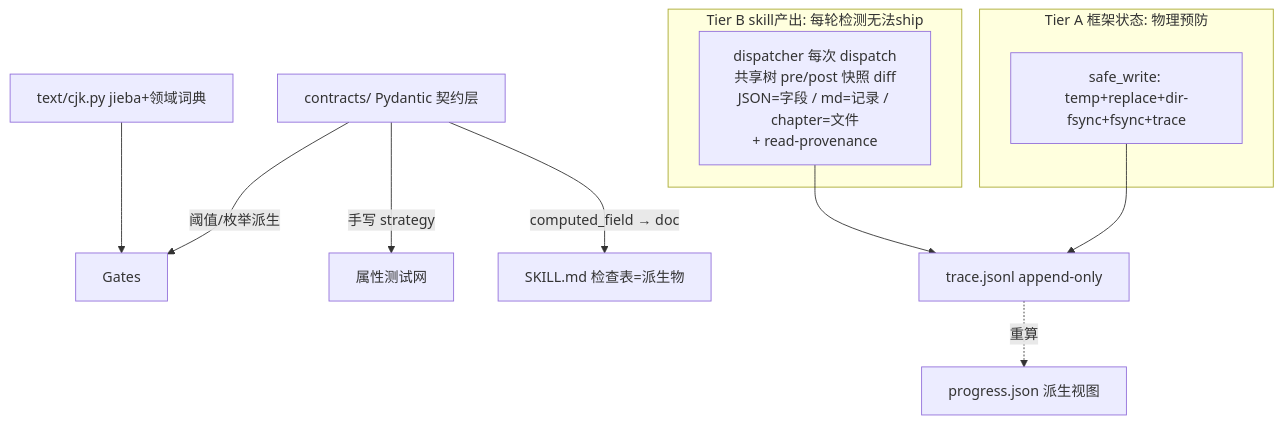
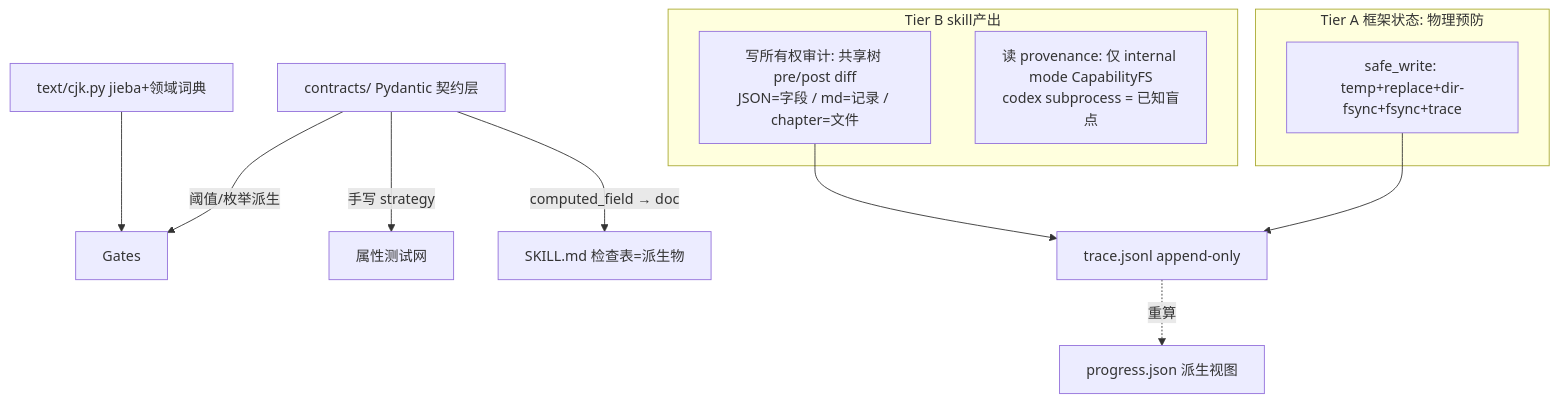
One commit to ThomasChangX/shenbi changed the diagram in docs/superpowers/specs/2026-06-29-contract-single-source-design.md. Above: the diagram before and after it, drawn with Mermaid. The commit also changed other lines of this file, not shown here.

````diff
--- a/docs/superpowers/specs/2026-06-29-contract-single-source-design.md
+++ b/docs/superpowers/specs/2026-06-29-contract-single-source-design.md
@@ -87,18 +81,19 @@
 ```mermaid
 flowchart TB
     CT["contracts/ Pydantic 契约层"]
     CT -->|"阈值/枚举派生"| GATES["Gates"]
     CT -->|"手写 strategy"| PROP["属性测试网"]
     CT -->|"computed_field → doc"| SKILL["SKILL.md 检查表=派生物"]
     TRACE["trace.jsonl append-only"]
     subgraph TierA["Tier A 框架状态: 物理预防"]
       SW["safe_write: temp+replace+dir-fsync+fsync+trace"]
     end
-    subgraph TierB["Tier B skill产出: 每轮检测无法ship"]
-      OA["dispatcher 每次 dispatch<br/>共享树 pre/post 快照 diff<br/>JSON=字段 / md=记录 / chapter=文件<br/>+ read-provenance"]
+    subgraph TierB["Tier B skill产出"]
+      WA["写所有权审计: 共享树 pre/post diff<br/>JSON=字段 / md=记录 / chapter=文件"]
+      RA["读 provenance: 仅 internal mode CapabilityFS<br/>codex subprocess = 已知盲点"]
     end
     TRACE -.->|"重算"| PROG["progress.json 派生视图"]
     SW --> TRACE
-    OA --> TRACE
+    WA --> TRACE
     CJK["text/cjk.py jieba+领域词典"] --> GATES
 ```
````
